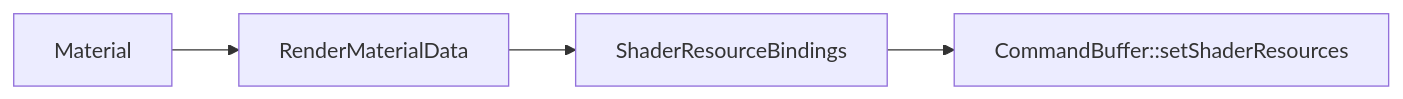
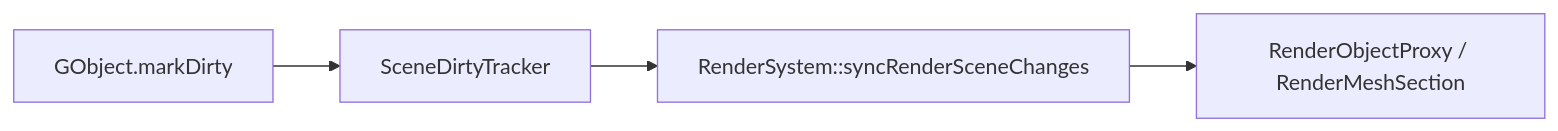
The seventh of 7 diagrams in docs/资源管理.md (xp-Yang/XPYEngine), drawn with Mermaid before and after one commit. The commit also changed other lines of this file and 4 other files, not shown here.

````diff
--- a/docs/资源管理.md
+++ b/docs/资源管理.md
@@ -388,6 +356,6 @@
 ```mermaid
 flowchart LR
-    Material["Material"] --> RenderMaterialData["RenderMaterialData"]
-    RenderMaterialData --> Bindings["ShaderResourceBindings"]
-    Bindings --> CommandBuffer["CommandBuffer::setShaderResources"]
+    GO["GObject.markDirty"] --> DT["SceneDirtyTracker"]
+    DT --> RS["RenderSystem::syncRenderSceneChanges"]
+    RS --> Proxy["RenderObjectProxy / RenderMeshSection"]
 ```
````
